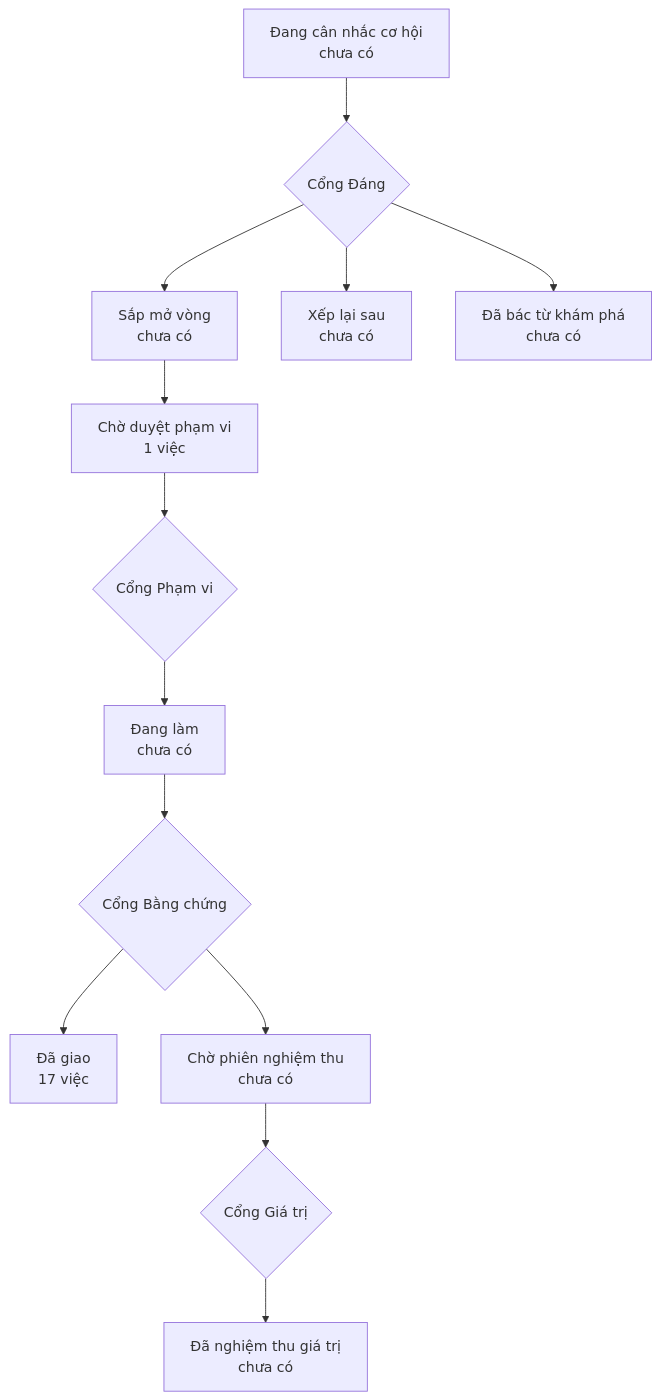
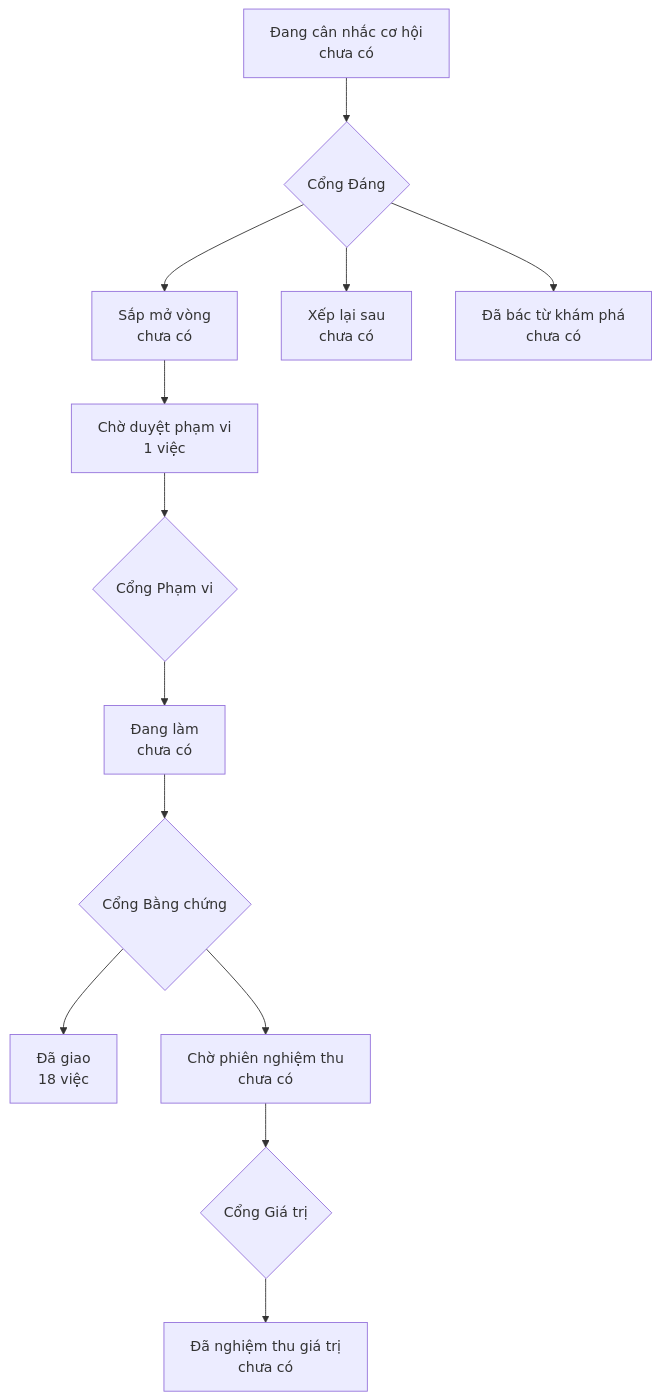
Before and after one commit to phanlemanh/acceptance-gate-kit: the diagram in PRODUCT-MAP.md, drawn with Mermaid.

Commit message:
chore: làm mới bản đồ sản phẩm sau merge main

````diff
--- a/PRODUCT-MAP.md
+++ b/PRODUCT-MAP.md
@@ -6,12 +6,12 @@
 ```mermaid
 flowchart TD
   A["Đang cân nhắc cơ hội<br/>chưa có"] --> GD{"Cổng Đáng"}
   GD --> B["Sắp mở vòng<br/>chưa có"]
   GD --> XL["Xếp lại sau<br/>chưa có"]
   GD --> DB["Đã bác từ khám phá<br/>chưa có"]
   B --> CD["Chờ duyệt phạm vi<br/>1 việc"] --> GP{"Cổng Phạm vi"}
   GP --> DL["Đang làm<br/>chưa có"] --> GB{"Cổng Bằng chứng"}
-  GB --> DG["Đã giao<br/>17 việc"]
+  GB --> DG["Đã giao<br/>18 việc"]
   GB --> CN["Chờ phiên nghiệm thu<br/>chưa có"] --> GG{"Cổng Giá trị"}
   GG --> NT["Đã nghiệm thu giá trị<br/>chưa có"]
 ```
````
